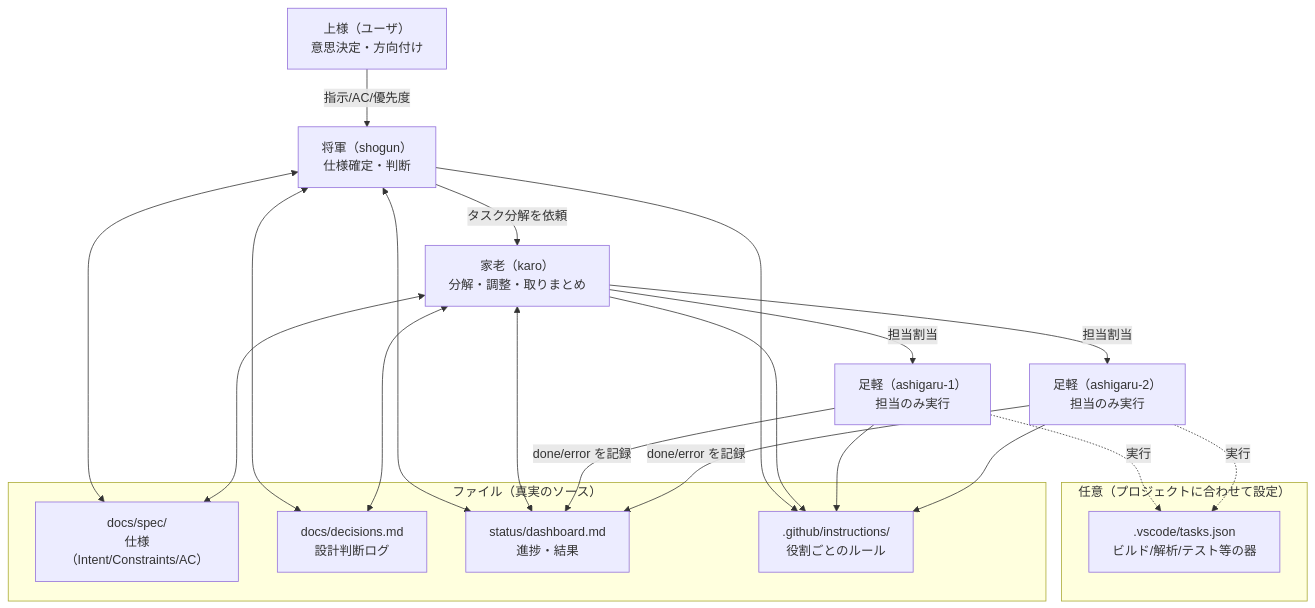
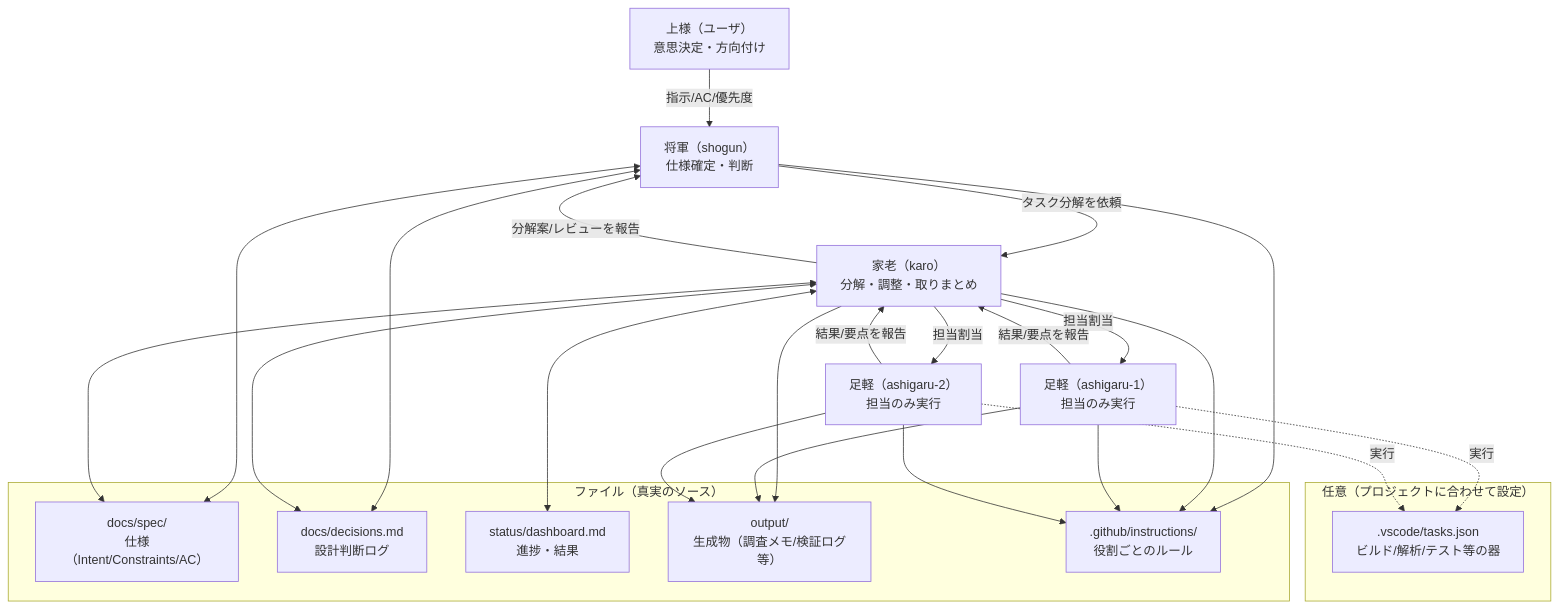
The diagram in README.md (Yosuke-Hayakawa/BaseSystem_YpVer), drawn with Mermaid before and after one commit. The commit also changed other lines of this file and 18 other files, not shown here.

````diff
--- a/README.md
+++ b/README.md
@@ -8,33 +8,37 @@
 ```mermaid
 flowchart TB
 	U[上様（ユーザ）\n意思決定・方向付け] -->|指示/AC/優先度| S[将軍（shogun）\n仕様確定・判断]
 	S -->|タスク分解を依頼| K[家老（karo）\n分解・調整・取りまとめ]
 	K -->|担当割当| A1[足軽（ashigaru-1）\n担当のみ実行]
 	K -->|担当割当| A2[足軽（ashigaru-2）\n担当のみ実行]
+	A1 -->|結果/要点を報告| K
+	A2 -->|結果/要点を報告| K
+	K -->|分解案/レビューを報告| S
 
 	subgraph Files[ファイル（真実のソース）]
 		SPEC[docs/spec/\n仕様（Intent/Constraints/AC）]
 		DEC[docs/decisions.md\n設計判断ログ]
 		DASH[status/dashboard.md\n進捗・結果]
+		OUT[output/\n生成物（調査メモ/検証ログ等）]
 		INS[.github/instructions/\n役割ごとのルール]
 	end
 
 	S <--> SPEC
 	K <--> SPEC
 	S <--> DEC
 	K <--> DEC
-	S <--> DASH
 	K <--> DASH
-	A1 -->|done/error を記録| DASH
-	A2 -->|done/error を記録| DASH
+	K --> OUT
+	A1 --> OUT
+	A2 --> OUT
 	S --> INS
 	K --> INS
 	A1 --> INS
 	A2 --> INS
 
 	subgraph Optional[任意（プロジェクトに合わせて設定）]
 		T[.vscode/tasks.json\nビルド/解析/テスト等の器]
 	end
 	A1 -. 実行 .-> T
 	A2 -. 実行 .-> T
 ```
````
